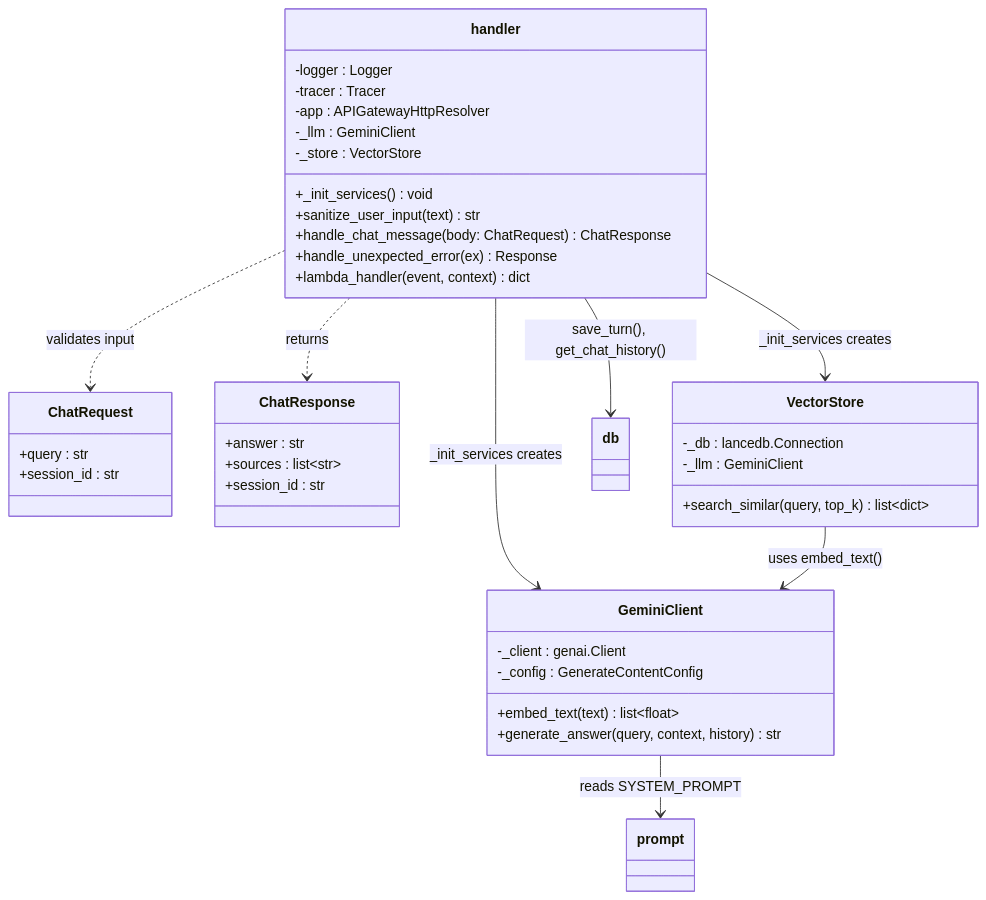
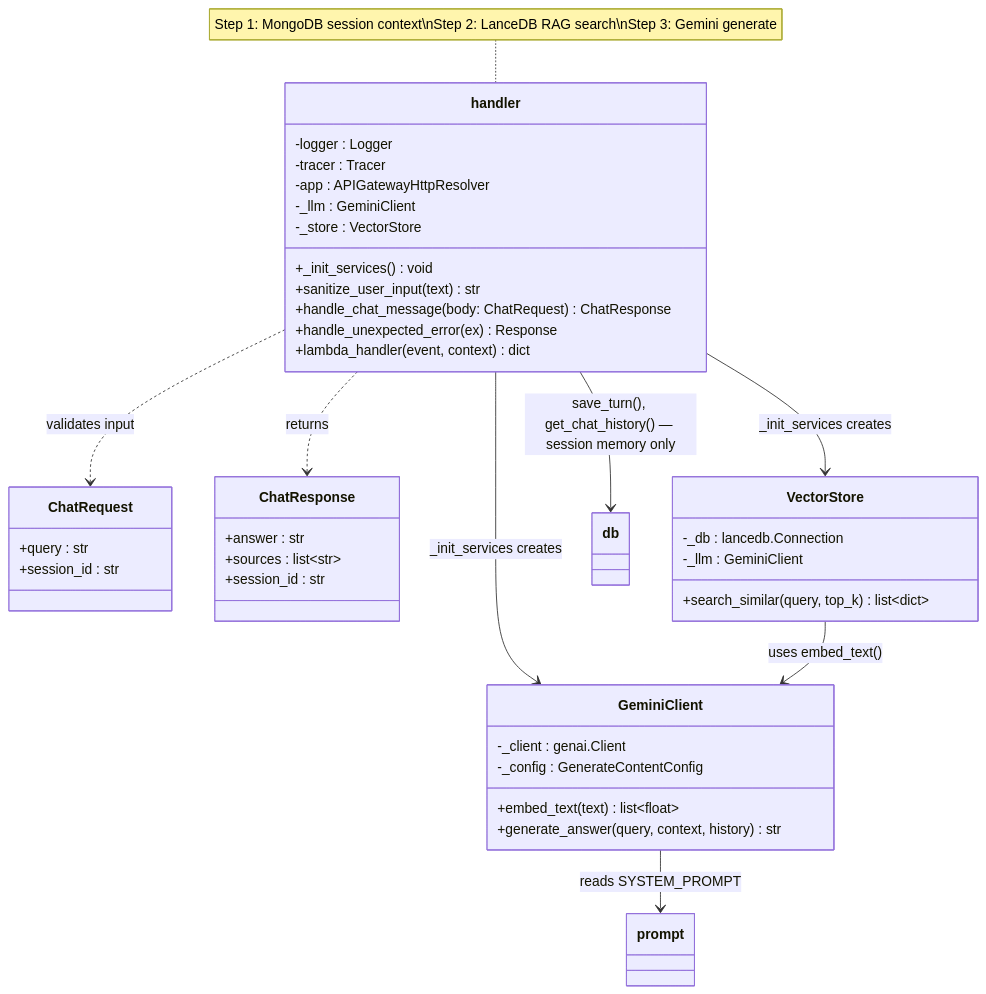
The fourth of 11 diagrams in README.md (EB-WildEye/Gali), drawn with Mermaid before and after one commit. The commit also changed other lines of this file, not shown here.

First line of the commit message:
Clarify MongoDB as session store in README

````diff
--- a/README.md
+++ b/README.md
@@ -224,47 +228,48 @@
 ```mermaid
 classDiagram
     class handler {
         -logger : Logger
         -tracer : Tracer
         -app : APIGatewayHttpResolver
         -_llm : GeminiClient
         -_store : VectorStore
         +_init_services() void
         +sanitize_user_input(text) str
         +handle_chat_message(body: ChatRequest) ChatResponse
         +handle_unexpected_error(ex) Response
         +lambda_handler(event, context) dict
     }
 
     class ChatRequest {
         +query : str
         +session_id : str
     }
 
     class ChatResponse {
         +answer : str
         +sources : list~str~
         +session_id : str
     }
 
     class GeminiClient {
         -_client : genai.Client
         -_config : GenerateContentConfig
         +embed_text(text) list~float~
         +generate_answer(query, context, history) str
     }
 
     class VectorStore {
         -_db : lancedb.Connection
         -_llm : GeminiClient
         +search_similar(query, top_k) list~dict~
     }
 
     handler --> GeminiClient : _init_services creates
     handler --> VectorStore : _init_services creates
-    handler --> db : save_turn(), get_chat_history()
+    handler --> db : save_turn(), get_chat_history() — session memory only
+    note for handler "Step 1: MongoDB session context\nStep 2: LanceDB RAG search\nStep 3: Gemini generate"
     handler ..> ChatRequest : validates input
     handler ..> ChatResponse : returns
     VectorStore --> GeminiClient : uses embed_text()
     GeminiClient --> prompt : reads SYSTEM_PROMPT
 ```
````
